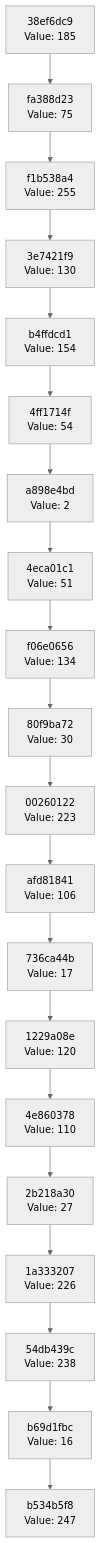
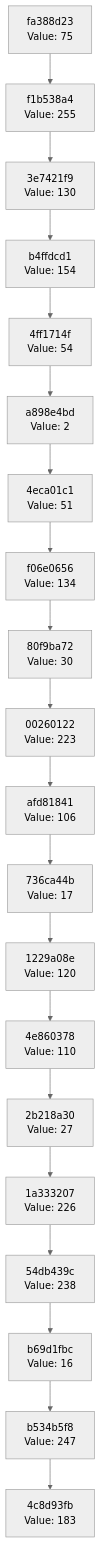
The diagram in docs/CHAIN_VISUALIZATION.md (Abhisheksinha1506/hash-chain-evolver), drawn with Mermaid (neutral theme) before and after one commit. The commit also changed 1 other file, not shown here.

Commit message:
Evolution step: hash 0xB7 → action executed

````diff
--- a/docs/CHAIN_VISUALIZATION.md
+++ b/docs/CHAIN_VISUALIZATION.md
@@ -3,42 +3,42 @@
 ```mermaid
 graph TD
-    C0["b534b5f8<br/>Value: 247"]
-    C1["b69d1fbc<br/>Value: 16"]
+    C0["4c8d93fb<br/>Value: 183"]
+    C1["b534b5f8<br/>Value: 247"]
     C1 --> C0
-    C2["54db439c<br/>Value: 238"]
+    C2["b69d1fbc<br/>Value: 16"]
     C2 --> C1
-    C3["1a333207<br/>Value: 226"]
+    C3["54db439c<br/>Value: 238"]
     C3 --> C2
-    C4["2b218a30<br/>Value: 27"]
+    C4["1a333207<br/>Value: 226"]
     C4 --> C3
-    C5["4e860378<br/>Value: 110"]
+    C5["2b218a30<br/>Value: 27"]
     C5 --> C4
-    C6["1229a08e<br/>Value: 120"]
+    C6["4e860378<br/>Value: 110"]
     C6 --> C5
-    C7["736ca44b<br/>Value: 17"]
+    C7["1229a08e<br/>Value: 120"]
     C7 --> C6
-    C8["afd81841<br/>Value: 106"]
+    C8["736ca44b<br/>Value: 17"]
     C8 --> C7
-    C9["00260122<br/>Value: 223"]
+    C9["afd81841<br/>Value: 106"]
     C9 --> C8
-    C10["80f9ba72<br/>Value: 30"]
+    C10["00260122<br/>Value: 223"]
     C10 --> C9
-    C11["f06e0656<br/>Value: 134"]
+    C11["80f9ba72<br/>Value: 30"]
     C11 --> C10
-    C12["4eca01c1<br/>Value: 51"]
+    C12["f06e0656<br/>Value: 134"]
     C12 --> C11
-    C13["a898e4bd<br/>Value: 2"]
+    C13["4eca01c1<br/>Value: 51"]
     C13 --> C12
-    C14["4ff1714f<br/>Value: 54"]
+    C14["a898e4bd<br/>Value: 2"]
     C14 --> C13
-    C15["b4ffdcd1<br/>Value: 154"]
+    C15["4ff1714f<br/>Value: 54"]
     C15 --> C14
-    C16["3e7421f9<br/>Value: 130"]
+    C16["b4ffdcd1<br/>Value: 154"]
     C16 --> C15
-    C17["f1b538a4<br/>Value: 255"]
+    C17["3e7421f9<br/>Value: 130"]
     C17 --> C16
-    C18["fa388d23<br/>Value: 75"]
+    C18["f1b538a4<br/>Value: 255"]
     C18 --> C17
-    C19["38ef6dc9<br/>Value: 185"]
+    C19["fa388d23<br/>Value: 75"]
     C19 --> C18
 ```
````
